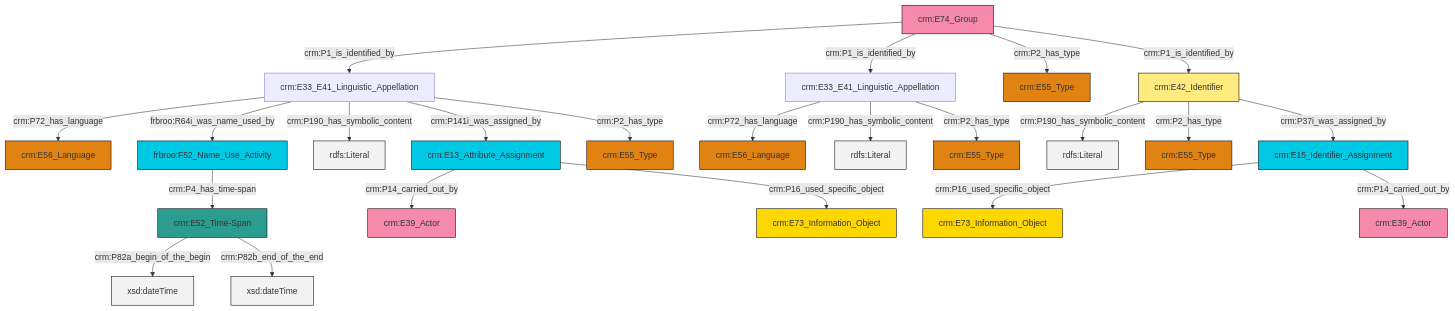
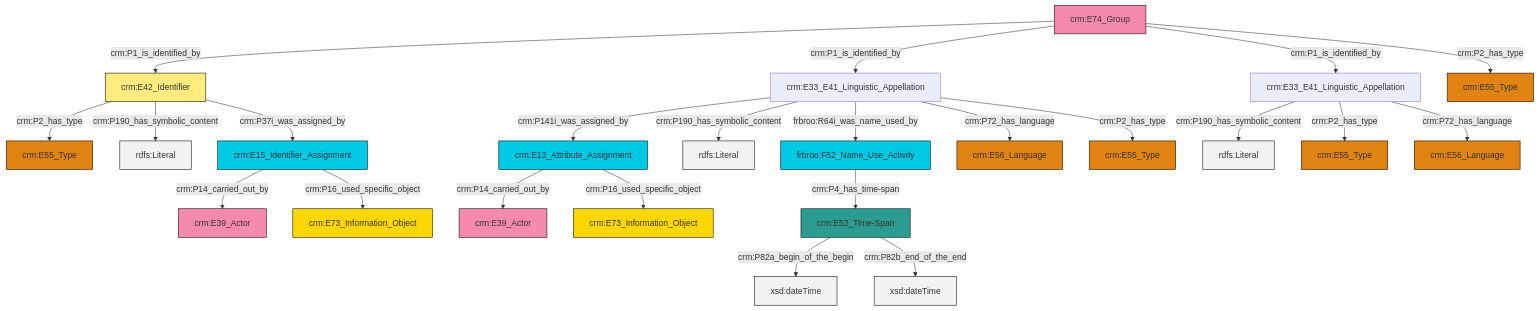
One commit to swiss-art-research-net/docs.swissartresearch changed the diagram in et/groupCSV/ttl/mmd/group_name.ttl.mmd. Above: the diagram before and after it, drawn with Mermaid. The commit also changed 175 other files, not shown here.

```diff
--- a/et/groupCSV/ttl/mmd/group_name.ttl.mmd
+++ b/et/groupCSV/ttl/mmd/group_name.ttl.mmd
@@ -1,37 +1,37 @@
 graph TD
 classDef Literal fill:#f2f2f2,stroke:#000000;
 classDef CRM_Entity fill:#FFFFFF,stroke:#000000;
 classDef Temporal_Entity fill:#00C9E6, stroke:#000000;
 classDef Type fill:#E18312, stroke:#000000;
 classDef Time-Span fill:#2C9C91, stroke:#000000;
 classDef Appellation fill:#FFEB7F, stroke:#000000;
 classDef Place fill:#008836, stroke:#000000;
 classDef Persistent_Item fill:#B266B2, stroke:#000000;
 classDef Conceptual_Object fill:#FFD700, stroke:#000000;
 classDef Physical_Thing fill:#D2B48C, stroke:#000000;
 classDef Actor fill:#f58aad, stroke:#000000;
 classDef PC_Classes fill:#4ce600, stroke:#000000;
 classDef Multi fill:#cccccc,stroke:#000000;
 
-0["crm:E33_E41_Linguistic_Appellation"]:::Default -->|crm:P72_has_language| 1["crm:E56_Language"]:::Type
-2["crm:E74_Group"]:::Actor -->|crm:P1_is_identified_by| 0["crm:E33_E41_Linguistic_Appellation"]:::Default
-3["crm:E33_E41_Linguistic_Appellation"]:::Default -->|crm:P72_has_language| 4["crm:E56_Language"]:::Type
-10["frbroo:F52_Name_Use_Activity"]:::Temporal_Entity -->|crm:P4_has_time-span| 7["crm:E52_Time-Span"]:::Time-Span
-11["crm:E42_Identifier"]:::Appellation -->|crm:P190_has_symbolic_content| 12[rdfs:Literal]:::Literal
-11["crm:E42_Identifier"]:::Appellation -->|crm:P2_has_type| 24["crm:E55_Type"]:::Type
-2["crm:E74_Group"]:::Actor -->|crm:P1_is_identified_by| 3["crm:E33_E41_Linguistic_Appellation"]:::Default
-3["crm:E33_E41_Linguistic_Appellation"]:::Default -->|crm:P190_has_symbolic_content| 29[rdfs:Literal]:::Literal
-0["crm:E33_E41_Linguistic_Appellation"]:::Default -->|frbroo:R64i_was_name_used_by| 10["frbroo:F52_Name_Use_Activity"]:::Temporal_Entity
-7["crm:E52_Time-Span"]:::Time-Span -->|crm:P82a_begin_of_the_begin| 30[xsd:dateTime]:::Literal
-11["crm:E42_Identifier"]:::Appellation -->|crm:P37i_was_assigned_by| 33["crm:E15_Identifier_Assignment"]:::Temporal_Entity
-7["crm:E52_Time-Span"]:::Time-Span -->|crm:P82b_end_of_the_end| 34[xsd:dateTime]:::Literal
-3["crm:E33_E41_Linguistic_Appellation"]:::Default -->|crm:P2_has_type| 25["crm:E55_Type"]:::Type
-2["crm:E74_Group"]:::Actor -->|crm:P2_has_type| 5["crm:E55_Type"]:::Type
-33["crm:E15_Identifier_Assignment"]:::Temporal_Entity -->|crm:P16_used_specific_object| 31["crm:E73_Information_Object"]:::Conceptual_Object
-0["crm:E33_E41_Linguistic_Appellation"]:::Default -->|crm:P190_has_symbolic_content| 40[rdfs:Literal]:::Literal
-33["crm:E15_Identifier_Assignment"]:::Temporal_Entity -->|crm:P14_carried_out_by| 14["crm:E39_Actor"]:::Actor
-0["crm:E33_E41_Linguistic_Appellation"]:::Default -->|crm:P141i_was_assigned_by| 35["crm:E13_Attribute_Assignment"]:::Temporal_Entity
-0["crm:E33_E41_Linguistic_Appellation"]:::Default -->|crm:P2_has_type| 38["crm:E55_Type"]:::Type
-35["crm:E13_Attribute_Assignment"]:::Temporal_Entity -->|crm:P14_carried_out_by| 21["crm:E39_Actor"]:::Actor
-35["crm:E13_Attribute_Assignment"]:::Temporal_Entity -->|crm:P16_used_specific_object| 17["crm:E73_Information_Object"]:::Conceptual_Object
-2["crm:E74_Group"]:::Actor -->|crm:P1_is_identified_by| 11["crm:E42_Identifier"]:::Appellation
+2["crm:E33_E41_Linguistic_Appellation"]:::Default -->|crm:P141i_was_assigned_by| 3["crm:E13_Attribute_Assignment"]:::Temporal_Entity
+8["crm:E15_Identifier_Assignment"]:::Temporal_Entity -->|crm:P14_carried_out_by| 0["crm:E39_Actor"]:::Actor
+10["crm:E33_E41_Linguistic_Appellation"]:::Default -->|crm:P190_has_symbolic_content| 11[rdfs:Literal]:::Literal
+14["crm:E42_Identifier"]:::Appellation -->|crm:P2_has_type| 15["crm:E55_Type"]:::Type
+14["crm:E42_Identifier"]:::Appellation -->|crm:P190_has_symbolic_content| 16[rdfs:Literal]:::Literal
+14["crm:E42_Identifier"]:::Appellation -->|crm:P37i_was_assigned_by| 8["crm:E15_Identifier_Assignment"]:::Temporal_Entity
+2["crm:E33_E41_Linguistic_Appellation"]:::Default -->|crm:P190_has_symbolic_content| 18[rdfs:Literal]:::Literal
+19["crm:E52_Time-Span"]:::Time-Span -->|crm:P82a_begin_of_the_begin| 20[xsd:dateTime]:::Literal
+10["crm:E33_E41_Linguistic_Appellation"]:::Default -->|crm:P2_has_type| 21["crm:E55_Type"]:::Type
+12["crm:E74_Group"]:::Actor -->|crm:P1_is_identified_by| 14["crm:E42_Identifier"]:::Appellation
+10["crm:E33_E41_Linguistic_Appellation"]:::Default -->|crm:P72_has_language| 4["crm:E56_Language"]:::Type
+12["crm:E74_Group"]:::Actor -->|crm:P1_is_identified_by| 2["crm:E33_E41_Linguistic_Appellation"]:::Default
+19["crm:E52_Time-Span"]:::Time-Span -->|crm:P82b_end_of_the_end| 31[xsd:dateTime]:::Literal
+3["crm:E13_Attribute_Assignment"]:::Temporal_Entity -->|crm:P14_carried_out_by| 32["crm:E39_Actor"]:::Actor
+12["crm:E74_Group"]:::Actor -->|crm:P1_is_identified_by| 10["crm:E33_E41_Linguistic_Appellation"]:::Default
+22["frbroo:F52_Name_Use_Activity"]:::Temporal_Entity -->|crm:P4_has_time-span| 19["crm:E52_Time-Span"]:::Time-Span
+8["crm:E15_Identifier_Assignment"]:::Temporal_Entity -->|crm:P16_used_specific_object| 25["crm:E73_Information_Object"]:::Conceptual_Object
+2["crm:E33_E41_Linguistic_Appellation"]:::Default -->|frbroo:R64i_was_name_used_by| 22["frbroo:F52_Name_Use_Activity"]:::Temporal_Entity
+2["crm:E33_E41_Linguistic_Appellation"]:::Default -->|crm:P72_has_language| 39["crm:E56_Language"]:::Type
+3["crm:E13_Attribute_Assignment"]:::Temporal_Entity -->|crm:P16_used_specific_object| 28["crm:E73_Information_Object"]:::Conceptual_Object
+12["crm:E74_Group"]:::Actor -->|crm:P2_has_type| 35["crm:E55_Type"]:::Type
+2["crm:E33_E41_Linguistic_Appellation"]:::Default -->|crm:P2_has_type| 6["crm:E55_Type"]:::Type
```
